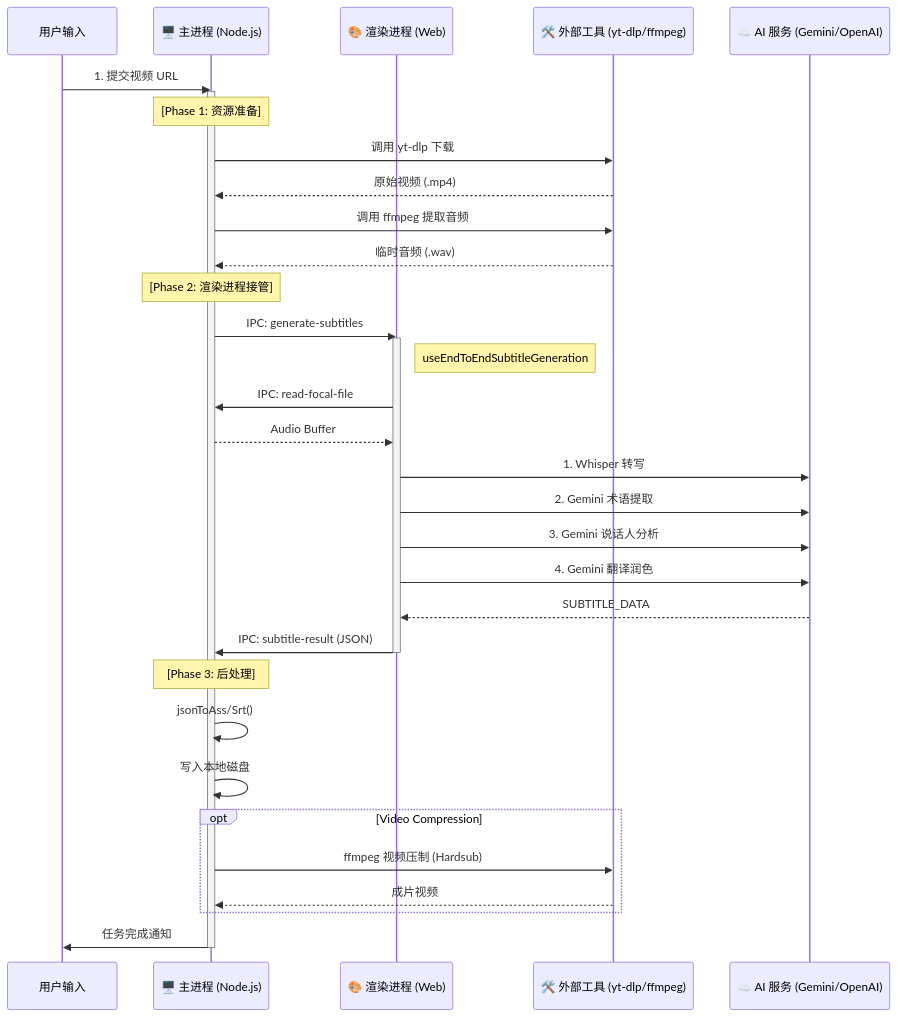
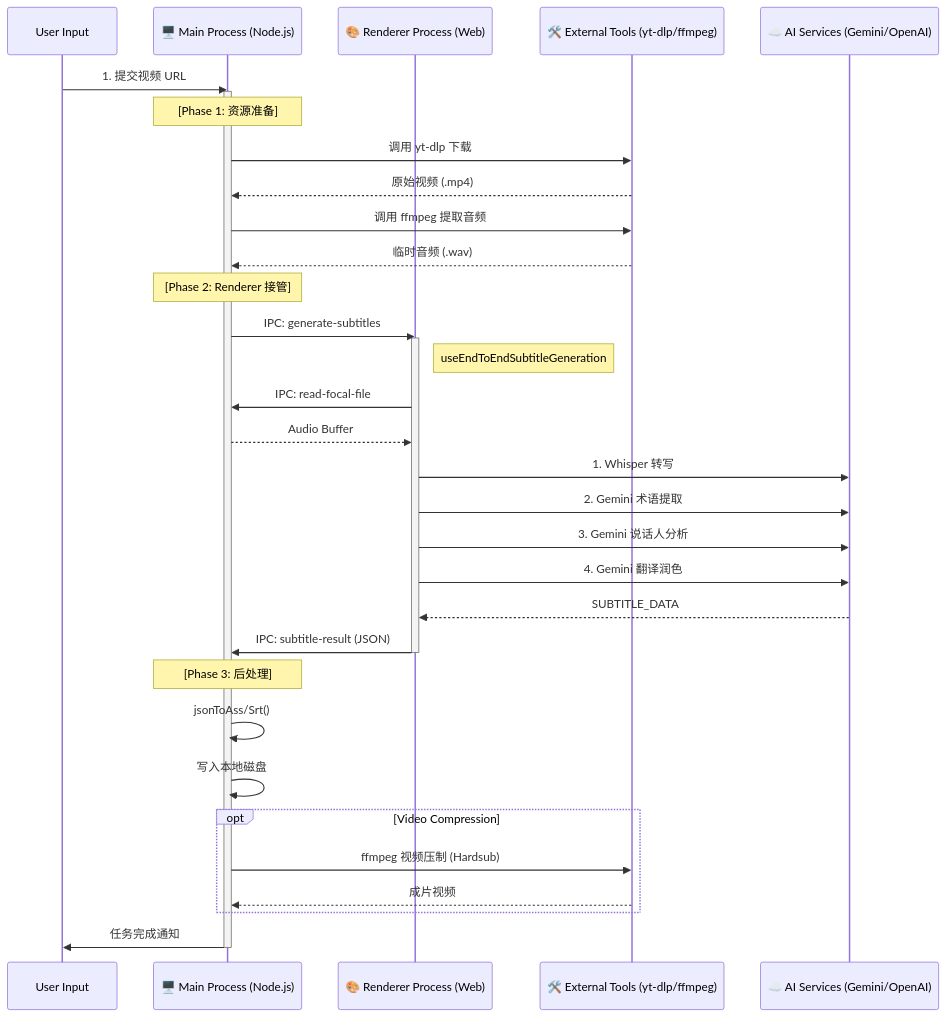
Before and after one commit to corvo007/Gemini-Subtitle-Pro: the tenth of 15 diagrams in docs/ARCHITECTURE_zh.md, drawn with Mermaid. The commit also changed other lines of this file and 3 other files, not shown here.

First line of the commit message:
docs: update architecture with reconciler and CTC aligner

````diff
--- a/docs/ARCHITECTURE_zh.md
+++ b/docs/ARCHITECTURE_zh.md
@@ -746,47 +802,47 @@
 ```mermaid
 sequenceDiagram
-    participant User as 用户输入
-    participant Main as 🖥️ 主进程 (Node.js)
-    participant Renderer as 🎨 渲染进程 (Web)
-    participant Ext as 🛠️ 外部工具 (yt-dlp/ffmpeg)
-    participant AI as ☁️ AI 服务 (Gemini/OpenAI)
+    participant User as User Input
+    participant Main as 🖥️ Main Process (Node.js)
+    participant Renderer as 🎨 Renderer Process (Web)
+    participant Ext as 🛠️ External Tools (yt-dlp/ffmpeg)
+    participant AI as ☁️ AI Services (Gemini/OpenAI)
 
     User->>Main: 1. 提交视频 URL
     activate Main
 
     note over Main: [Phase 1: 资源准备]
     Main->>Ext: 调用 yt-dlp 下载
     Ext-->>Main: 原始视频 (.mp4)
     Main->>Ext: 调用 ffmpeg 提取音频
     Ext-->>Main: 临时音频 (.wav)
 
-    note over Main: [Phase 2: 渲染进程接管]
+    note over Main: [Phase 2: Renderer 接管]
     Main->>Renderer: IPC: generate-subtitles
     activate Renderer
 
     note right of Renderer: useEndToEndSubtitleGeneration
     Renderer->>Main: IPC: read-focal-file
     Main-->>Renderer: Audio Buffer
 
     Renderer->>AI: 1. Whisper 转写
     Renderer->>AI: 2. Gemini 术语提取
     Renderer->>AI: 3. Gemini 说话人分析
     Renderer->>AI: 4. Gemini 翻译润色
 
     AI-->>Renderer: SUBTITLE_DATA
 
     Renderer->>Main: IPC: subtitle-result (JSON)
     deactivate Renderer
 
     note over Main: [Phase 3: 后处理]
     Main->>Main: jsonToAss/Srt()
     Main->>Main: 写入本地磁盘
 
     opt Video Compression
         Main->>Ext: ffmpeg 视频压制 (Hardsub)
         Ext-->>Main: 成片视频
     end
 
     Main->>User: 任务完成通知
     deactivate Main
 ```
````
